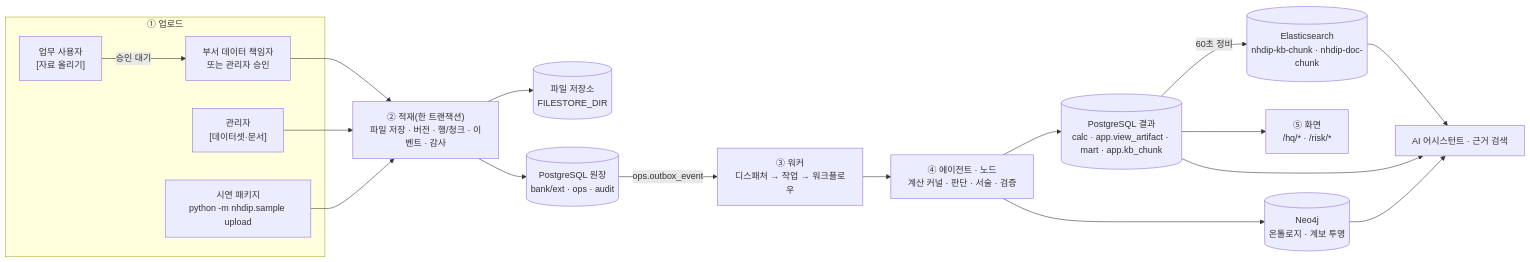
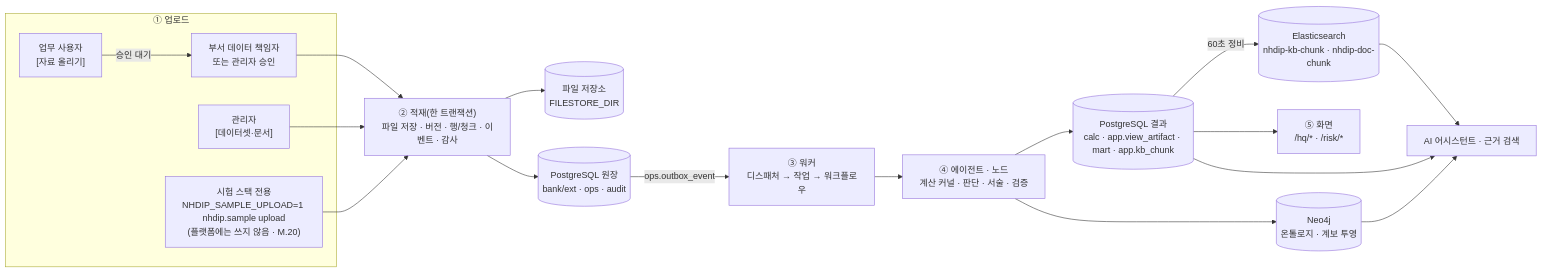
One commit to gogomovy/2026-ax_frontier changed the first of 10 diagrams in nh-decision-platform/docs/데이터업로드_에이전트_저장흐름_2026-10-14.md. Above: the diagram before and after it, drawn with Mermaid. The commit also changed other lines of this file and 59 other files, not shown here.

````diff
--- a/nh-decision-platform/docs/데이터업로드_에이전트_저장흐름_2026-10-14.md
+++ b/nh-decision-platform/docs/데이터업로드_에이전트_저장흐름_2026-10-14.md
@@ -19,23 +19,23 @@
 ```mermaid
 flowchart LR
   subgraph U["① 업로드"]
     A1["업무 사용자<br/>[자료 올리기]"] -->|승인 대기| A2["부서 데이터 책임자<br/>또는 관리자 승인"]
     A3["관리자<br/>[데이터셋·문서]"]
-    A4["시연 패키지<br/>python -m nhdip.sample upload"]
+    A4["시험 스택 전용<br/>NHDIP_SAMPLE_UPLOAD=1 nhdip.sample upload<br/>(플랫폼에는 쓰지 않음 · M.20)"]
   end
   A2 --> I
   A3 --> I
   A4 --> I
   I["② 적재(한 트랜잭션)<br/>파일 저장 · 버전 · 행/청크 · 이벤트 · 감사"]
   I --> FS[("파일 저장소<br/>FILESTORE_DIR")]
   I --> PG[("PostgreSQL 원장<br/>bank/ext · ops · audit")]
   PG -->|ops.outbox_event| W["③ 워커<br/>디스패처 → 작업 → 워크플로우"]
   W --> AG["④ 에이전트 · 노드<br/>계산 커널 · 판단 · 서술 · 검증"]
   AG --> PG2[("PostgreSQL 결과<br/>calc · app.view_artifact · mart · app.kb_chunk")]
   AG --> NEO[("Neo4j<br/>온톨로지 · 계보 투영")]
   PG2 -->|60초 정비| ES[("Elasticsearch<br/>nhdip-kb-chunk · nhdip-doc-chunk")]
   PG2 --> SCR["⑤ 화면<br/>/hq/* · /risk/*"]
   ES --> ASK["AI 어시스턴트 · 근거 검색"]
   NEO --> ASK
   PG2 --> ASK
 ```
````
